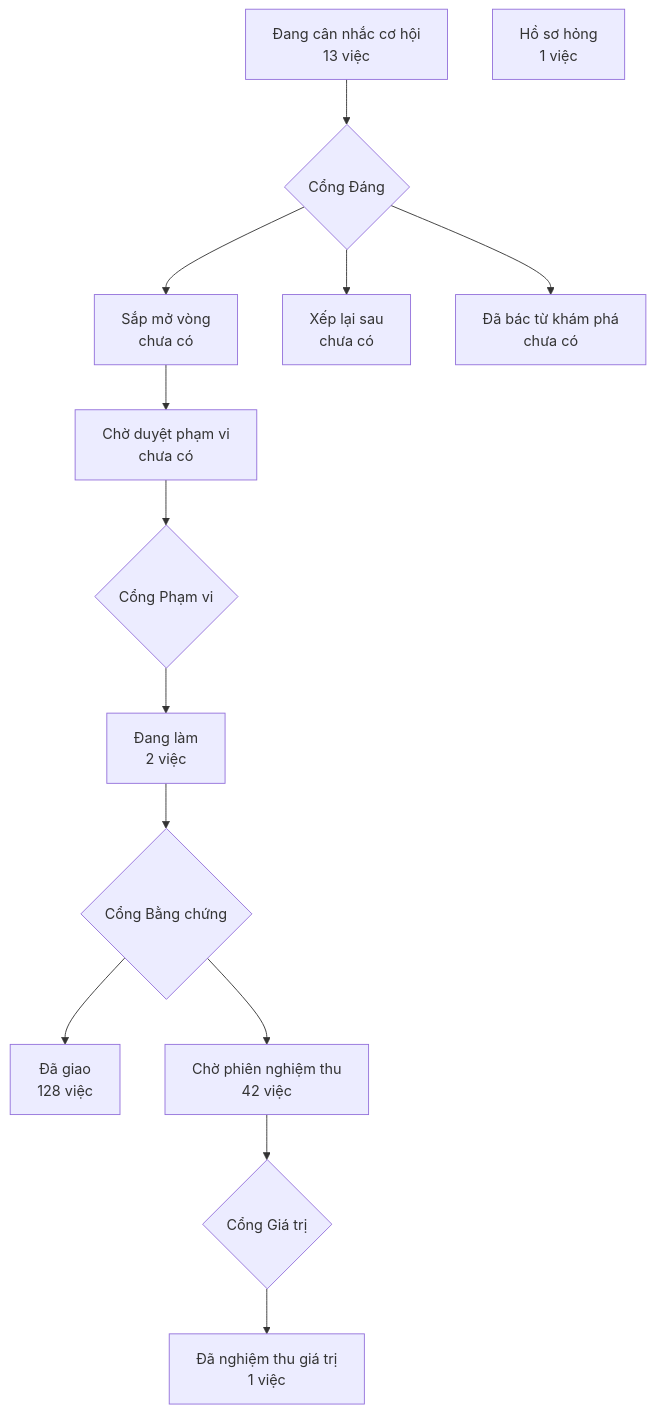
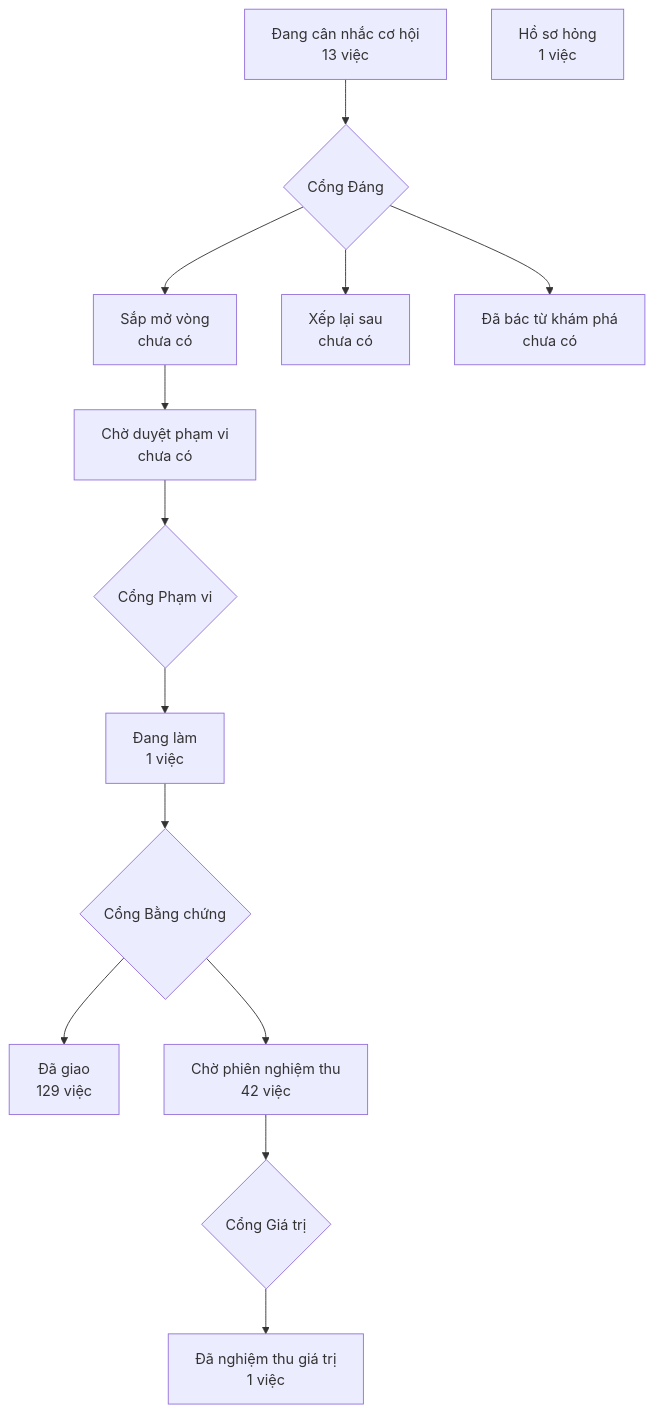
The diagram in PRODUCT-MAP.md (phanlemanh/crm-onehub), drawn with Mermaid before and after one commit. The commit also changed 3 other files, not shown here.

````diff
--- a/PRODUCT-MAP.md
+++ b/PRODUCT-MAP.md
@@ -7,13 +7,13 @@
 ```mermaid
 flowchart TD
   A["Đang cân nhắc cơ hội<br/>13 việc"] --> GD{"Cổng Đáng"}
   GD --> B["Sắp mở vòng<br/>chưa có"]
   GD --> XL["Xếp lại sau<br/>chưa có"]
   GD --> DB["Đã bác từ khám phá<br/>chưa có"]
   B --> CD["Chờ duyệt phạm vi<br/>chưa có"] --> GP{"Cổng Phạm vi"}
-  GP --> DL["Đang làm<br/>2 việc"] --> GB{"Cổng Bằng chứng"}
-  GB --> DG["Đã giao<br/>128 việc"]
+  GP --> DL["Đang làm<br/>1 việc"] --> GB{"Cổng Bằng chứng"}
+  GB --> DG["Đã giao<br/>129 việc"]
   GB --> CN["Chờ phiên nghiệm thu<br/>42 việc"] --> GG{"Cổng Giá trị"}
   GG --> NT["Đã nghiệm thu giá trị<br/>1 việc"]
   HS["Hồ sơ hỏng<br/>1 việc"]
 ```
````
